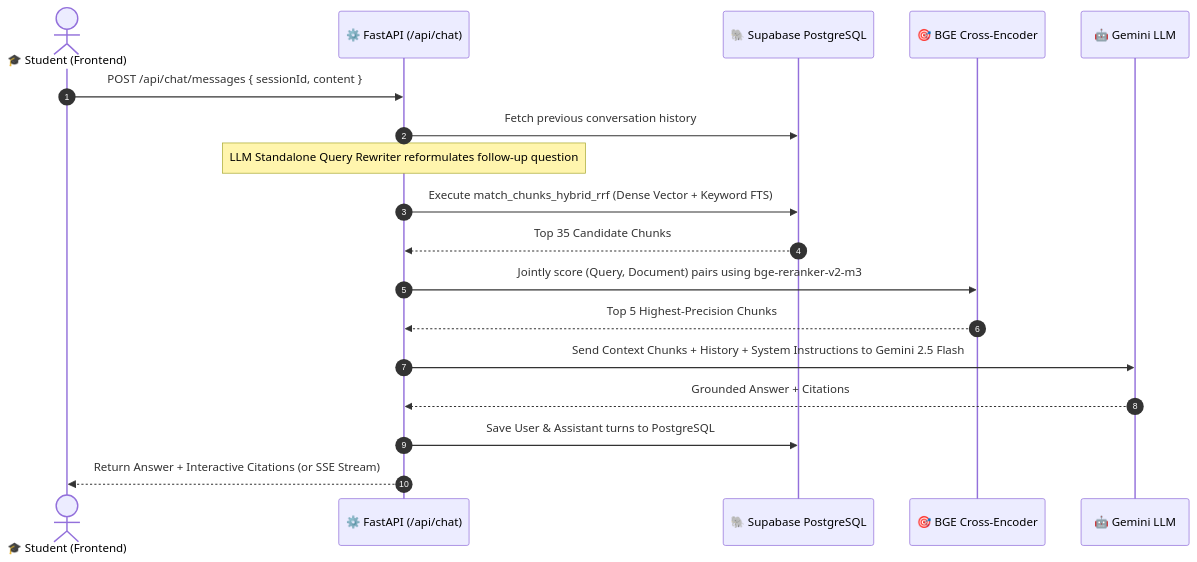
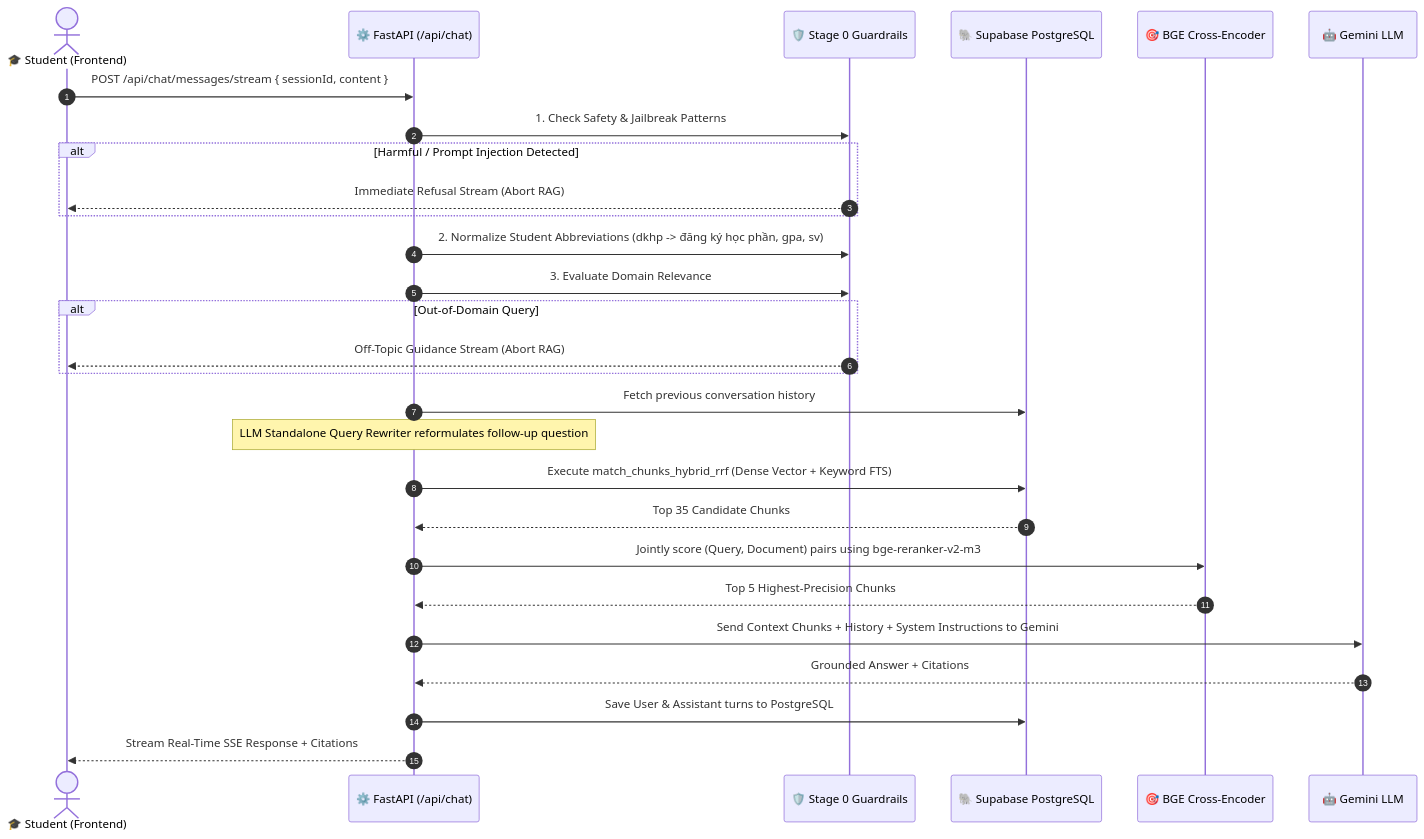
The first of 2 diagrams in backend/README.md (baovr125/IUH_Academic_Counseling_Chatbot), drawn with Mermaid before and after one commit. The commit also changed other lines of this file and 7085 other files, not shown here.

````diff
--- a/backend/README.md
+++ b/backend/README.md
@@ -71,21 +84,32 @@
 ```mermaid
 sequenceDiagram
     autonumber
     actor User as 🎓 Student (Frontend)
     participant API as ⚙️ FastAPI (/api/chat)
+    participant Shield as 🛡️ Stage 0 Guardrails
     participant DB as 🐘 Supabase PostgreSQL
     participant Reranker as 🎯 BGE Cross-Encoder
     participant LLM as 🤖 Gemini LLM
 
-    User->>API: POST /api/chat/messages { sessionId, content }
+    User->>API: POST /api/chat/messages/stream { sessionId, content }
+    API->>Shield: 1. Check Safety & Jailbreak Patterns
+    alt Harmful / Prompt Injection Detected
+        Shield-->>User: Immediate Refusal Stream (Abort RAG)
+    end
+    API->>Shield: 2. Normalize Student Abbreviations (dkhp -> đăng ký học phần, gpa, sv)
+    API->>Shield: 3. Evaluate Domain Relevance
+    alt Out-of-Domain Query
+        Shield-->>User: Off-Topic Guidance Stream (Abort RAG)
+    end
+
     API->>DB: Fetch previous conversation history
     Note over API: LLM Standalone Query Rewriter reformulates follow-up question
     API->>DB: Execute match_chunks_hybrid_rrf (Dense Vector + Keyword FTS)
     DB-->>API: Top 35 Candidate Chunks
     API->>Reranker: Jointly score (Query, Document) pairs using bge-reranker-v2-m3
     Reranker-->>API: Top 5 Highest-Precision Chunks
-    API->>LLM: Send Context Chunks + History + System Instructions to Gemini 2.5 Flash
+    API->>LLM: Send Context Chunks + History + System Instructions to Gemini
     LLM-->>API: Grounded Answer + Citations
     API->>DB: Save User & Assistant turns to PostgreSQL
-    API-->>User: Return Answer + Interactive Citations (or SSE Stream)
+    API-->>User: Stream Real-Time SSE Response + Citations
 ```
````
